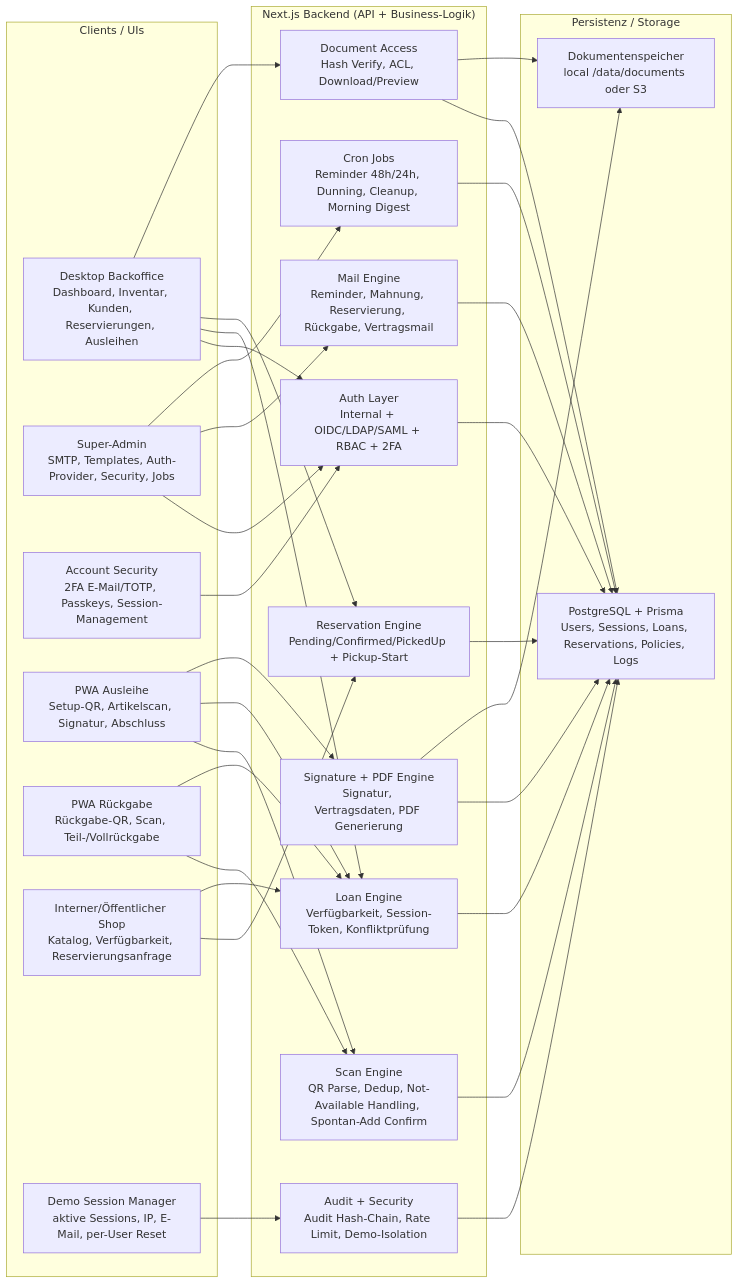
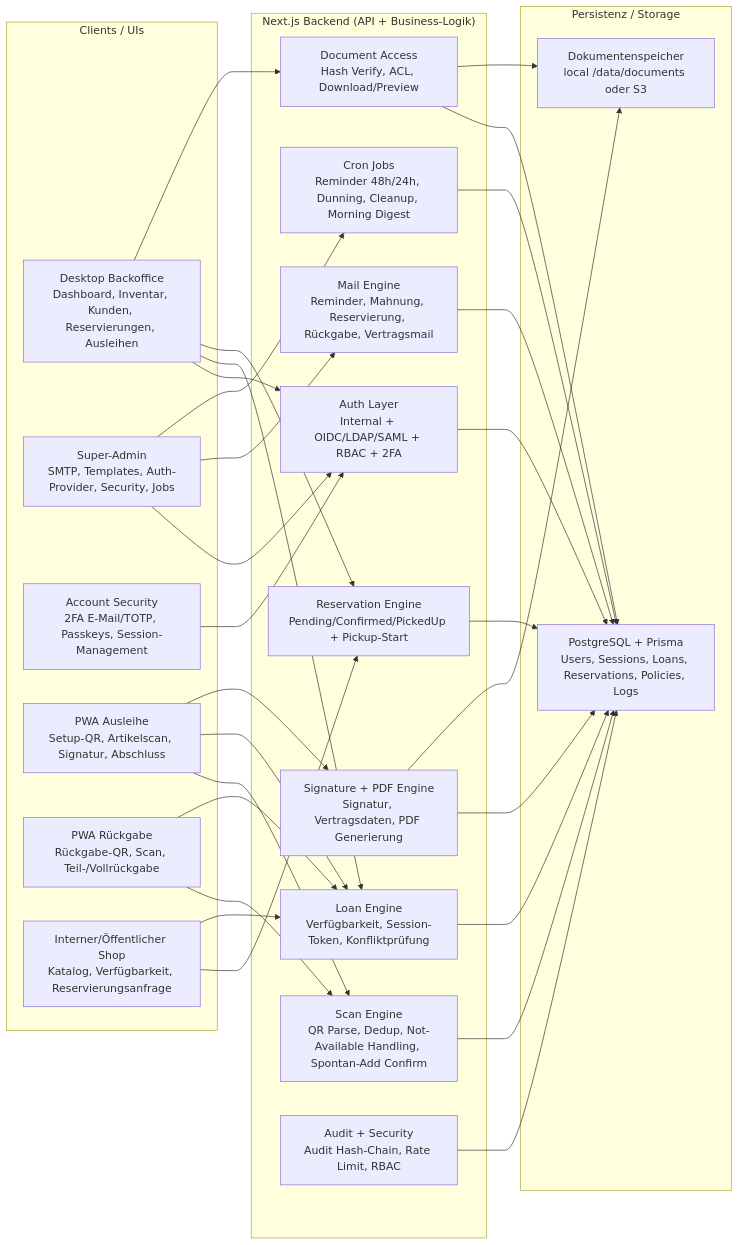
The first of 3 diagrams in README.md (bjoernch/EquipTrackr-docs), drawn with Mermaid before and after one commit. The commit also changed other lines of this file and 1 other file, not shown here.

````diff
--- a/README.md
+++ b/README.md
@@ -43,58 +45,55 @@
 ```mermaid
 flowchart LR
   subgraph Clients["Clients / UIs"]
     D1["Desktop Backoffice<br/>Dashboard, Inventar, Kunden, Reservierungen, Ausleihen"]
     D2["Super-Admin<br/>SMTP, Templates, Auth-Provider, Security, Jobs"]
     D3["Account Security<br/>2FA E-Mail/TOTP, Passkeys, Session-Management"]
     M1["PWA Ausleihe<br/>Setup-QR, Artikelscan, Signatur, Abschluss"]
     M2["PWA Rückgabe<br/>Rückgabe-QR, Scan, Teil-/Vollrückgabe"]
     S1["Interner/Öffentlicher Shop<br/>Katalog, Verfügbarkeit, Reservierungsanfrage"]
-    DM["Demo Session Manager<br/>aktive Sessions, IP, E-Mail, per-User Reset"]
   end
 
   subgraph Backend["Next.js Backend (API + Business-Logik)"]
     A1["Auth Layer<br/>Internal + OIDC/LDAP/SAML + RBAC + 2FA"]
     A2["Loan Engine<br/>Verfügbarkeit, Session-Token, Konfliktprüfung"]
     A3["Reservation Engine<br/>Pending/Confirmed/PickedUp + Pickup-Start"]
     A4["Scan Engine<br/>QR Parse, Dedup, Not-Available Handling, Spontan-Add Confirm"]
     A5["Signature + PDF Engine<br/>Signatur, Vertragsdaten, PDF Generierung"]
     A6["Document Access<br/>Hash Verify, ACL, Download/Preview"]
     A7["Mail Engine<br/>Reminder, Mahnung, Reservierung, Rückgabe, Vertragsmail"]
     A8["Cron Jobs<br/>Reminder 48h/24h, Dunning, Cleanup, Morning Digest"]
-    A9["Audit + Security<br/>Audit Hash-Chain, Rate Limit, Demo-Isolation"]
+    A9["Audit + Security<br/>Audit Hash-Chain, Rate Limit, RBAC"]
   end
 
   subgraph Storage["Persistenz / Storage"]
     P1["PostgreSQL + Prisma<br/>Users, Sessions, Loans, Reservations, Policies, Logs"]
     P2["Dokumentenspeicher<br/>local /data/documents oder S3"]
   end
 
   D1 --> A1
   D1 --> A2
   D1 --> A3
   D1 --> A6
   D2 --> A1
   D2 --> A7
   D2 --> A8
   D3 --> A1
   M1 --> A4
   M1 --> A2
   M1 --> A5
   M2 --> A4
   M2 --> A2
   S1 --> A3
   S1 --> A2
-  DM --> A9
-
   A1 --> P1
   A2 --> P1
   A3 --> P1
   A4 --> P1
   A5 --> P1
   A5 --> P2
   A6 --> P1
   A6 --> P2
   A7 --> P1
   A8 --> P1
   A9 --> P1
 ```
````
